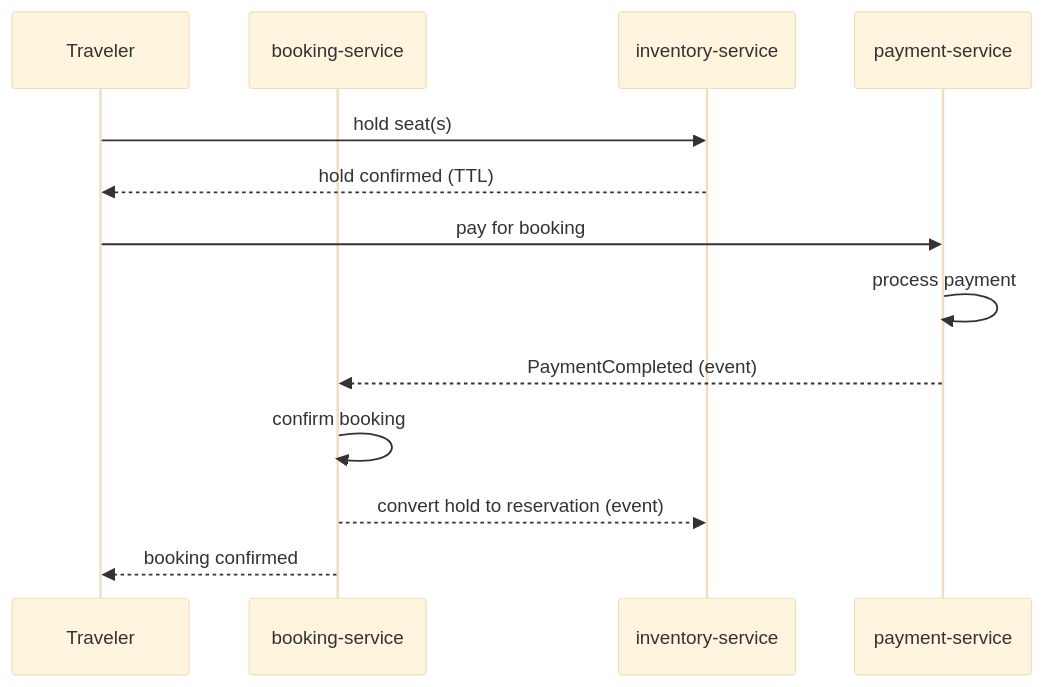
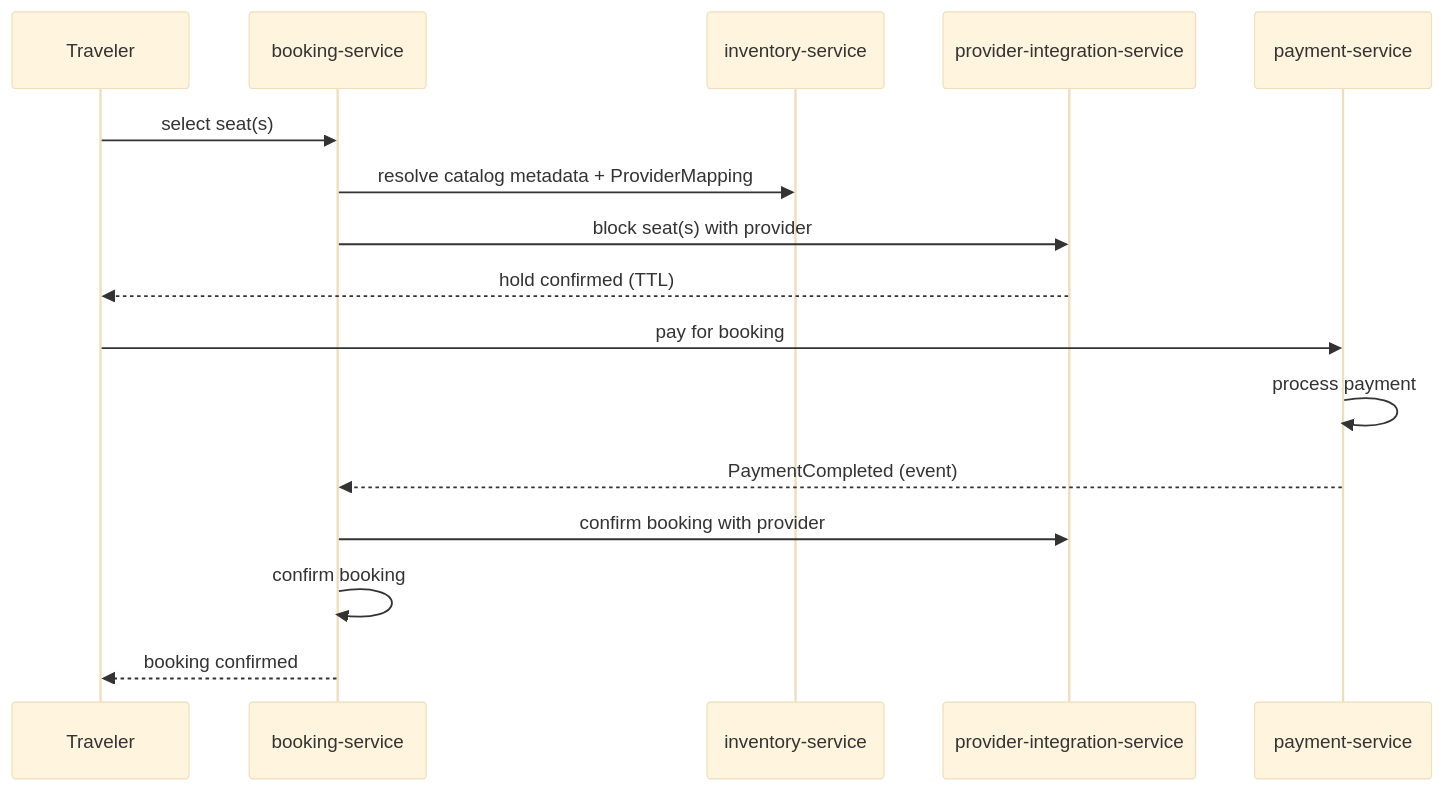
One commit to chrajesh167/roadscanner changed the second of 2 diagrams in docs/architecture/high-level-design.md. Above: the diagram before and after it, drawn with Mermaid (base theme). The commit also changed other lines of this file and 201 other files, not shown here.

Commit message:
inventoryService

````diff
--- a/docs/architecture/high-level-design.md
+++ b/docs/architecture/high-level-design.md
@@ -86,16 +95,19 @@
 ```mermaid
 sequenceDiagram
     participant T as Traveler
     participant B as booking-service
-    participant I as inventory-service
+    participant Inv as inventory-service
+    participant PI as provider-integration-service
     participant P as payment-service
 
-    T->>I: hold seat(s)
-    I-->>T: hold confirmed (TTL)
+    T->>B: select seat(s)
+    B->>Inv: resolve catalog metadata + ProviderMapping
+    B->>PI: block seat(s) with provider
+    PI-->>T: hold confirmed (TTL)
     T->>P: pay for booking
     P->>P: process payment
     P-->>B: PaymentCompleted (event)
+    B->>PI: confirm booking with provider
     B->>B: confirm booking
-    B-->>I: convert hold to reservation (event)
     B-->>T: booking confirmed
 ```
````
